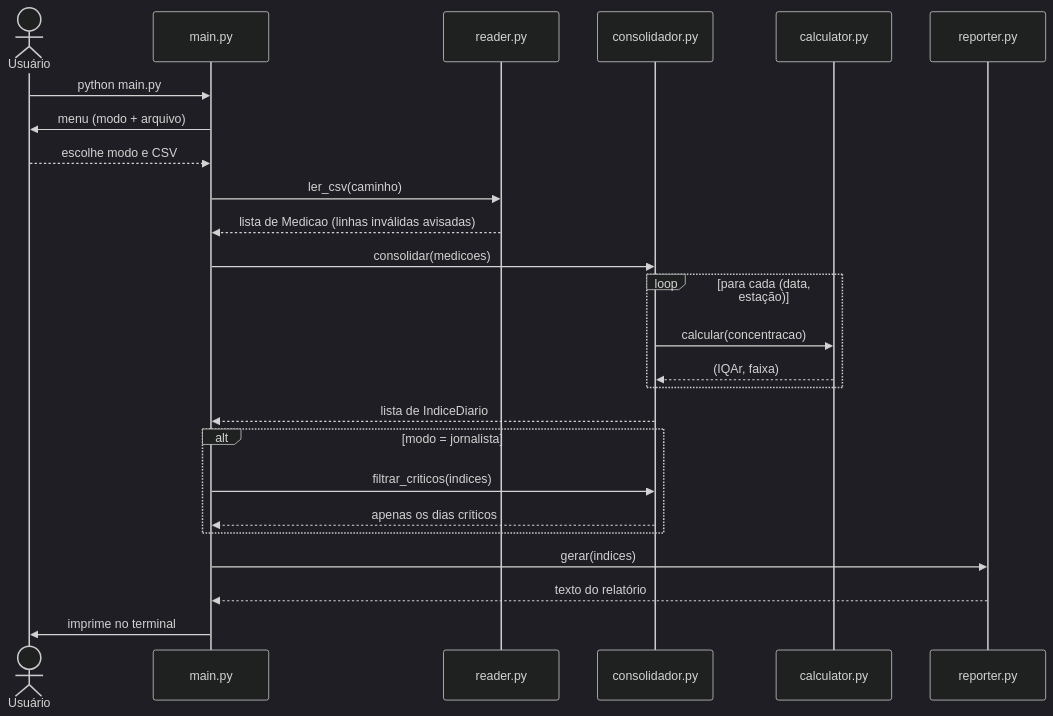
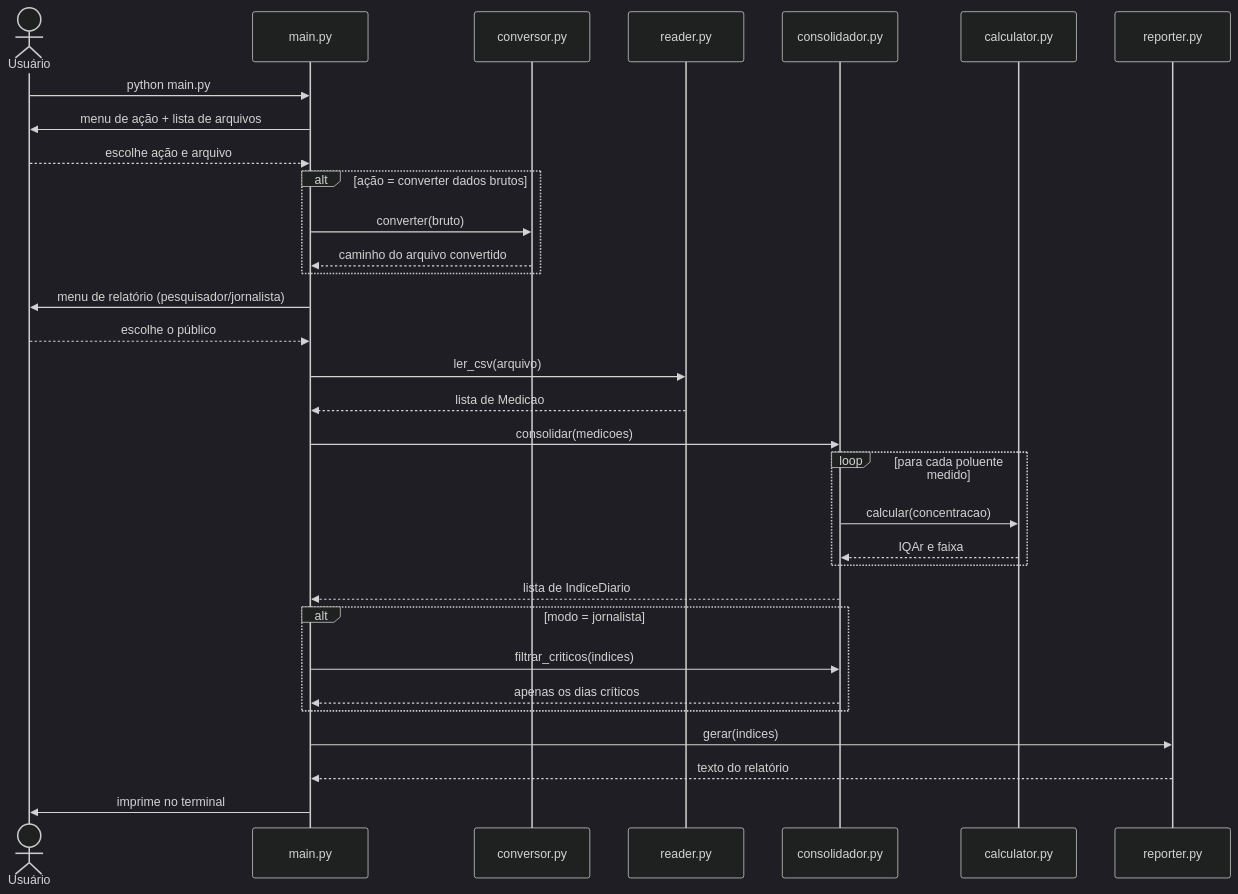
One commit to ArthurFSPalma/ENCO6A-A3 changed the second of 4 diagrams in docs/arquitetura.md. Above: the diagram before and after it, drawn with Mermaid (dark theme). The commit also changed other lines of this file, not shown here.

````diff
--- a/docs/arquitetura.md
+++ b/docs/arquitetura.md
@@ -75,32 +72,40 @@
 ```mermaid
 sequenceDiagram
     actor U as Usuário
     participant M as main.py
+    participant K as conversor.py
     participant R as reader.py
     participant C as consolidador.py
-    participant K as calculator.py
+    participant L as calculator.py
     participant P as reporter.py
 
     U->>M: python main.py
-    M->>U: menu (modo + arquivo)
-    U-->>M: escolhe modo e CSV
+    M->>U: menu de ação + lista de arquivos
+    U-->>M: escolhe ação e arquivo
 
-    M->>R: ler_csv(caminho)
-    R-->>M: lista de Medicao (linhas inválidas avisadas)
+    alt ação = converter dados brutos
+        M->>K: converter(bruto)
+        K-->>M: caminho do arquivo convertido
+    end
 
+    M->>U: menu de relatório (pesquisador/jornalista)
+    U-->>M: escolhe o público
+
+    M->>R: ler_csv(arquivo)
+    R-->>M: lista de Medicao
     M->>C: consolidar(medicoes)
-    loop para cada (data, estação)
-        C->>K: calcular(concentracao)
-        K-->>C: (IQAr, faixa)
+    loop para cada poluente medido
+        C->>L: calcular(concentracao)
+        L-->>C: IQAr e faixa
     end
     C-->>M: lista de IndiceDiario
 
     alt modo = jornalista
         M->>C: filtrar_criticos(indices)
         C-->>M: apenas os dias críticos
     end
 
     M->>P: gerar(indices)
     P-->>M: texto do relatório
     M->>U: imprime no terminal
 ```
````
